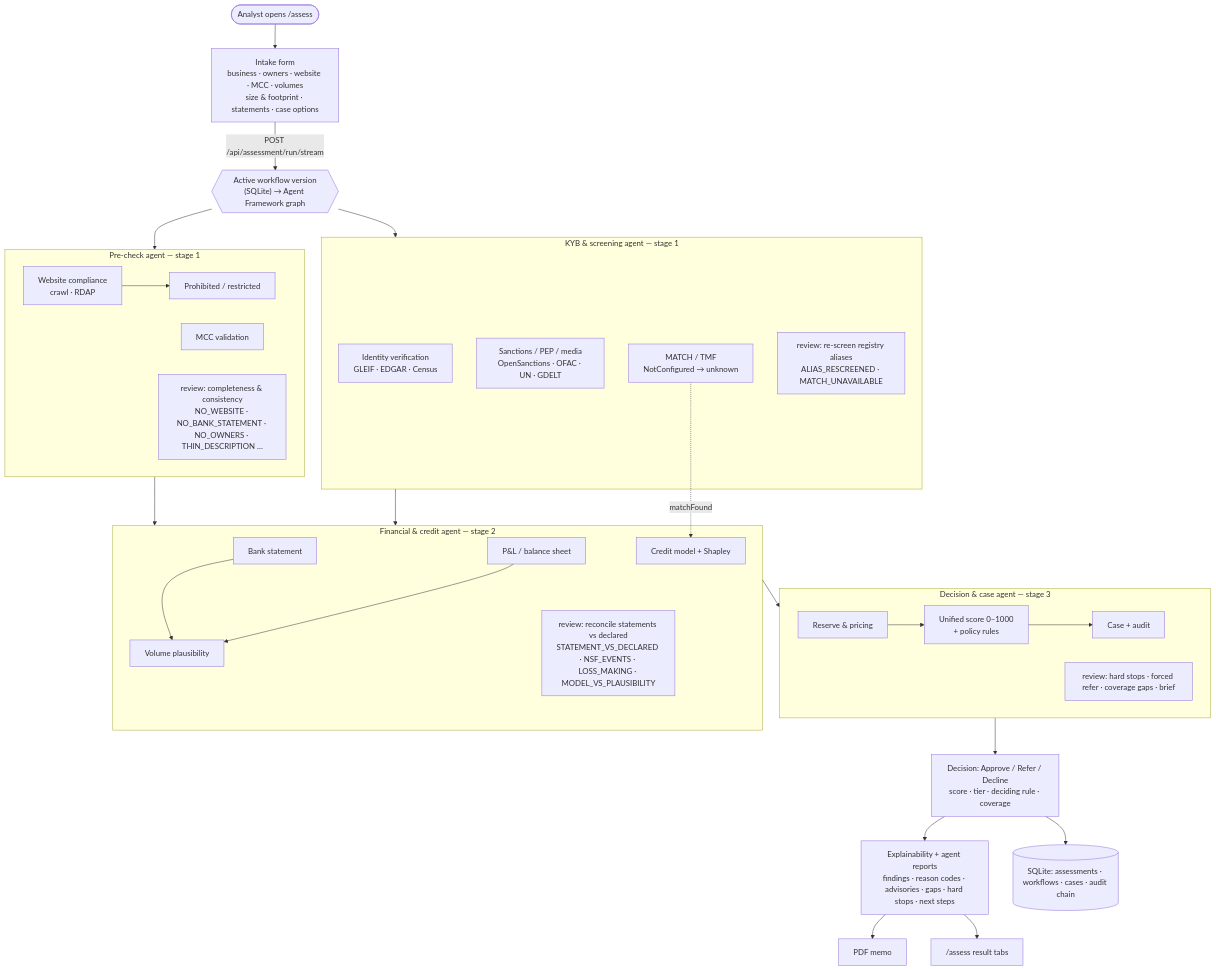
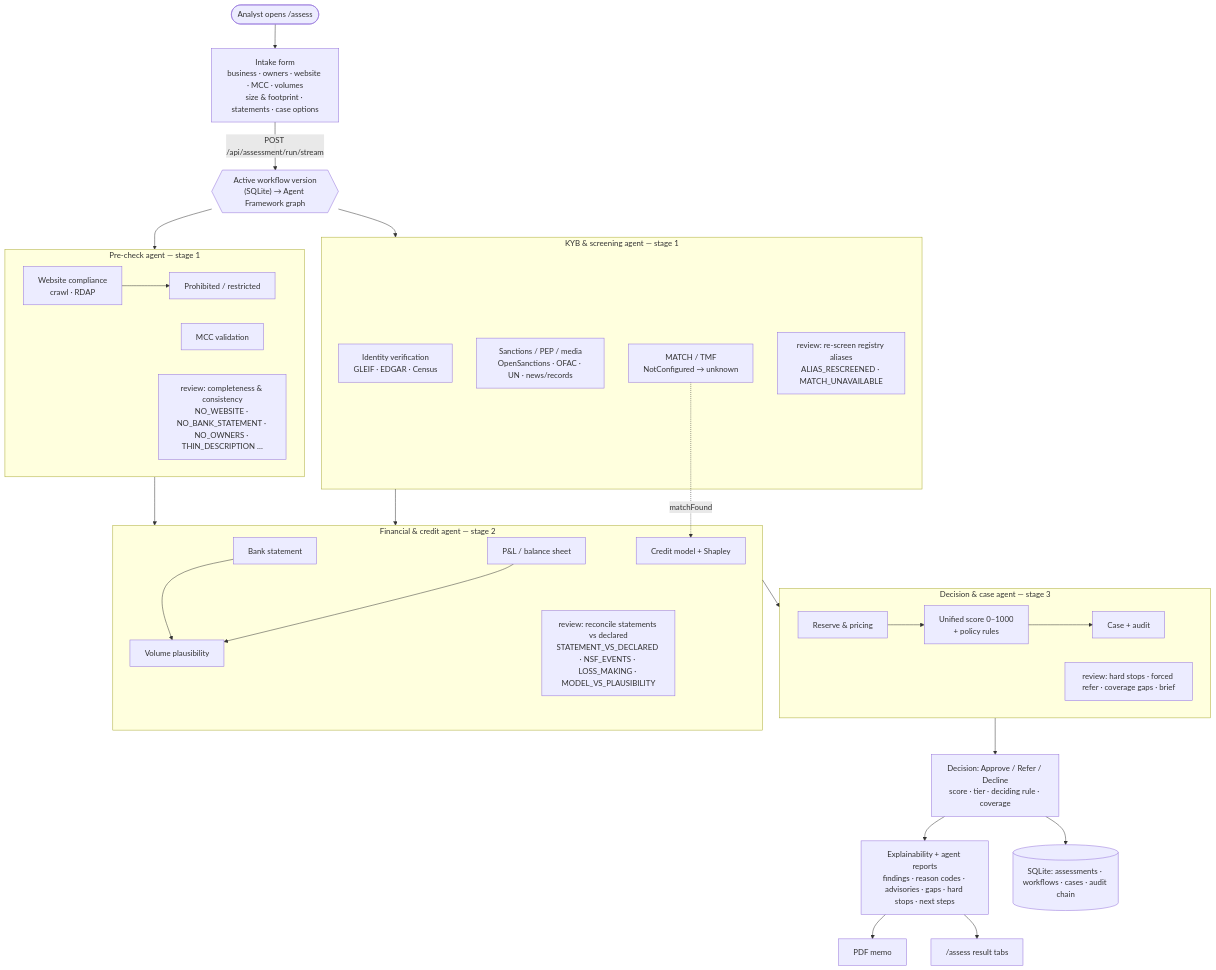
One commit to NitinRawat26/MerchantIntelligence changed the diagram in README.md. Above: the diagram before and after it, drawn with Mermaid. The commit also changed other lines of this file and 1 other file, not shown here.

Commit message:
Document multi-source adverse-media search and sentence-level risk grading

````diff
--- a/README.md
+++ b/README.md
@@ -14,37 +14,37 @@
 ```mermaid
 flowchart TD
     A(["Analyst opens /assess"]) --> B["Intake form<br/>business · owners · website · MCC · volumes<br/>size &amp; footprint · statements · case options"]
     B -->|POST /api/assessment/run/stream| W{{"Active workflow version<br/>(SQLite) → Agent Framework graph"}}
 
     subgraph PC [Pre-check agent — stage 1]
         S3["Website compliance<br/>crawl · RDAP"] --> S4["Prohibited / restricted"]
         S5[MCC validation]
         PCR["review: completeness &amp; consistency<br/>NO_WEBSITE · NO_BANK_STATEMENT · NO_OWNERS · THIN_DESCRIPTION …"]
     end
     subgraph KYB [KYB &amp; screening agent — stage 1]
         S1["Identity verification<br/>GLEIF · EDGAR · Census"]
-        S2["Sanctions / PEP / media<br/>OpenSanctions · OFAC · UN · GDELT"]
+        S2["Sanctions / PEP / media<br/>OpenSanctions · OFAC · UN · news/records"]
         S6["MATCH / TMF<br/>NotConfigured → unknown"]
         KR["review: re-screen registry aliases<br/>ALIAS_RESCREENED · MATCH_UNAVAILABLE"]
     end
     subgraph FIN [Financial &amp; credit agent — stage 2]
         S7[Bank statement]
         S8["P&amp;L / balance sheet"]
         S7 & S8 --> S9[Volume plausibility]
         S10["Credit model + Shapley"]
         FR["review: reconcile statements vs declared<br/>STATEMENT_VS_DECLARED · NSF_EVENTS · LOSS_MAKING · MODEL_VS_PLAUSIBILITY"]
     end
     subgraph DEC [Decision &amp; case agent — stage 3]
         S11["Reserve &amp; pricing"] --> S12["Unified score 0–1000<br/>+ policy rules"] --> S13[Case + audit]
         DR["review: hard stops · forced refer · coverage gaps · brief"]
     end
 
     W --> PC & KYB --> FIN --> DEC
     S6 -. matchFound .-> S10
 
     DEC --> D["Decision: Approve / Refer / Decline<br/>score · tier · deciding rule · coverage"]
     D --> E["Explainability + agent reports<br/>findings · reason codes · advisories · gaps · hard stops · next steps"]
     D --> F[("SQLite: assessments · workflows · cases · audit chain")]
     E --> G[PDF memo]
     E --> H["/assess result tabs"]
 ```
````
